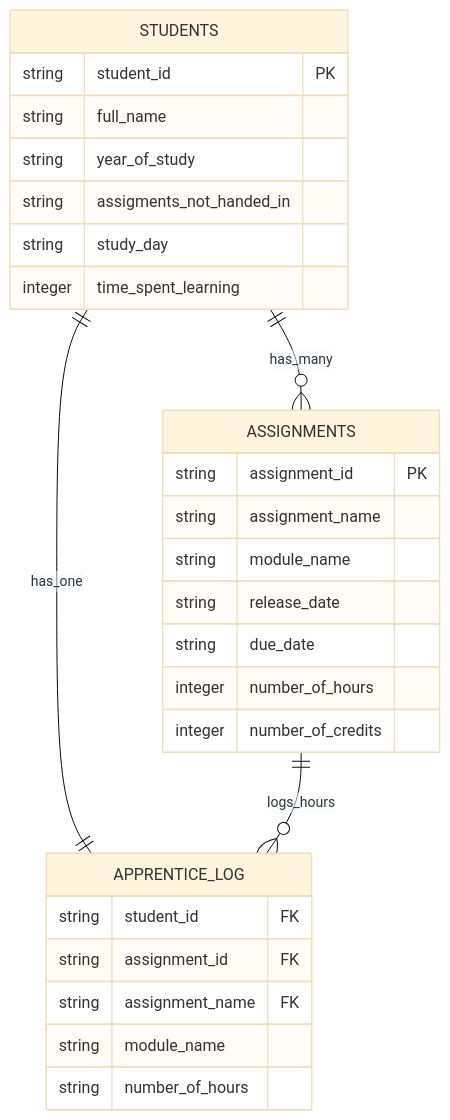
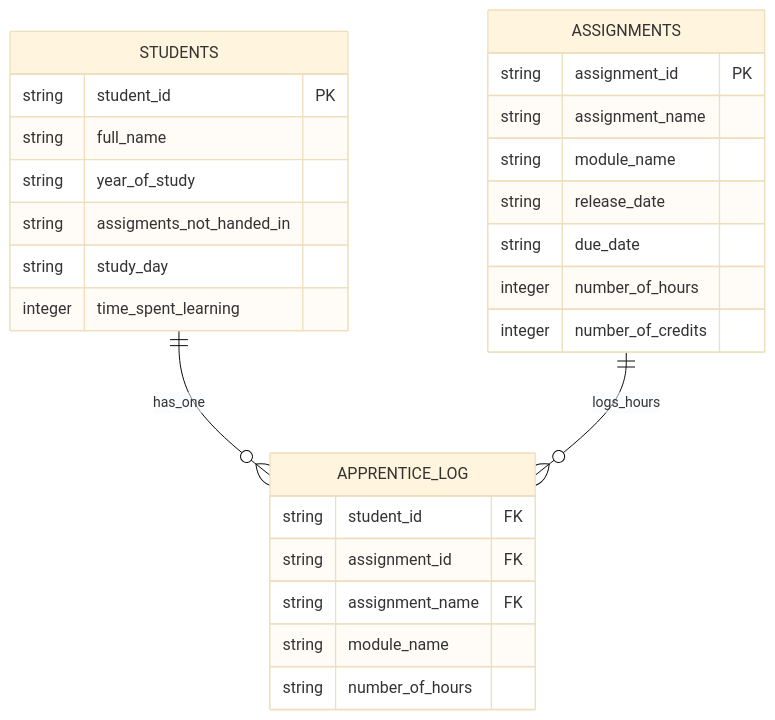
One commit to edwardmcquaid1/hackathon_gp_2 changed the diagram in doc/db_design.md. Above: the diagram before and after it, drawn with Mermaid (base theme).

Commit message:
Fix relationship in database design diagram

````diff
--- a/doc/db_design.md
+++ b/doc/db_design.md
@@ -1,32 +1,31 @@
 ```mermaid
 erDiagram
-    STUDENTS ||--|| APPRENTICE_LOG : has_one
-    STUDENTS ||--o{ ASSIGNMENTS : has_many
+    STUDENTS ||--o{ APPRENTICE_LOG : has_one
     ASSIGNMENTS ||--o{ APPRENTICE_LOG : logs_hours
     STUDENTS {
         string student_id PK
         string full_name
         string year_of_study
         string assigments_not_handed_in
         string study_day
         integer time_spent_learning
     }
     
     ASSIGNMENTS {
         string assignment_id PK
         string assignment_name 
         string module_name
         string release_date
         string due_date
         integer number_of_hours
         integer number_of_credits
     }
     
     APPRENTICE_LOG {
         string student_id FK
         string assignment_id FK
         string assignment_name FK
         string module_name
         string number_of_hours
     }
 ```
````
